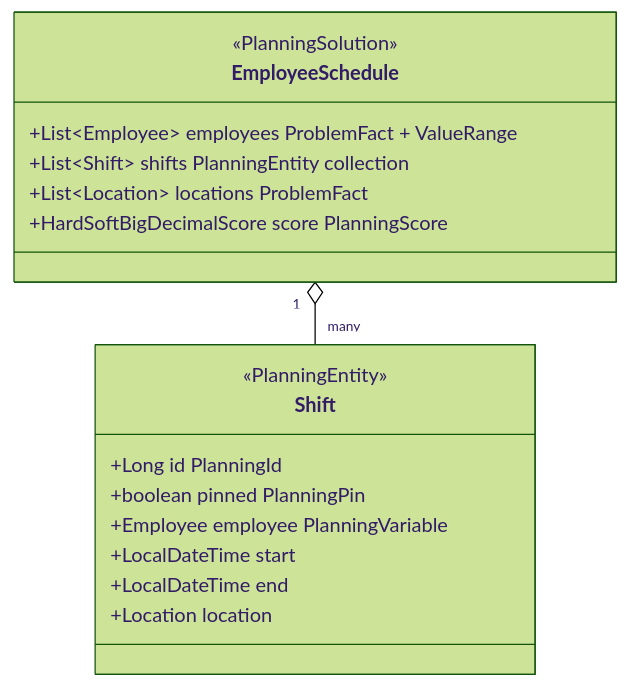
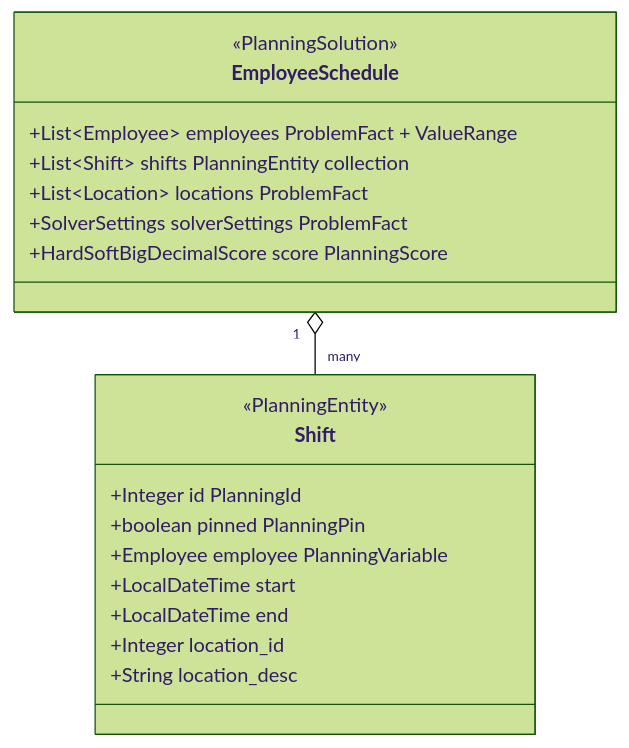
Before and after one commit to MirkoUgoliniDev/employee-scheduling: the sixth of 8 diagrams in docs/ARCHITECTURE.md, drawn with Mermaid (forest theme). The commit also changed other lines of this file and 9 other files, not shown here.

````diff
--- a/docs/ARCHITECTURE.md
+++ b/docs/ARCHITECTURE.md
@@ -230,20 +247,22 @@
 ```mermaid
 classDiagram
     class EmployeeSchedule {
         <<PlanningSolution>>
         +List~Employee~ employees ProblemFact + ValueRange
         +List~Shift~ shifts PlanningEntity collection
         +List~Location~ locations ProblemFact
+        +SolverSettings solverSettings ProblemFact
         +HardSoftBigDecimalScore score PlanningScore
     }
     class Shift {
         <<PlanningEntity>>
-        +Long id PlanningId
+        +Integer id PlanningId
         +boolean pinned PlanningPin
         +Employee employee PlanningVariable
         +LocalDateTime start
         +LocalDateTime end
-        +Location location
+        +Integer location_id
+        +String location_desc
     }
     EmployeeSchedule "1" o-- "many" Shift
 ```
````
